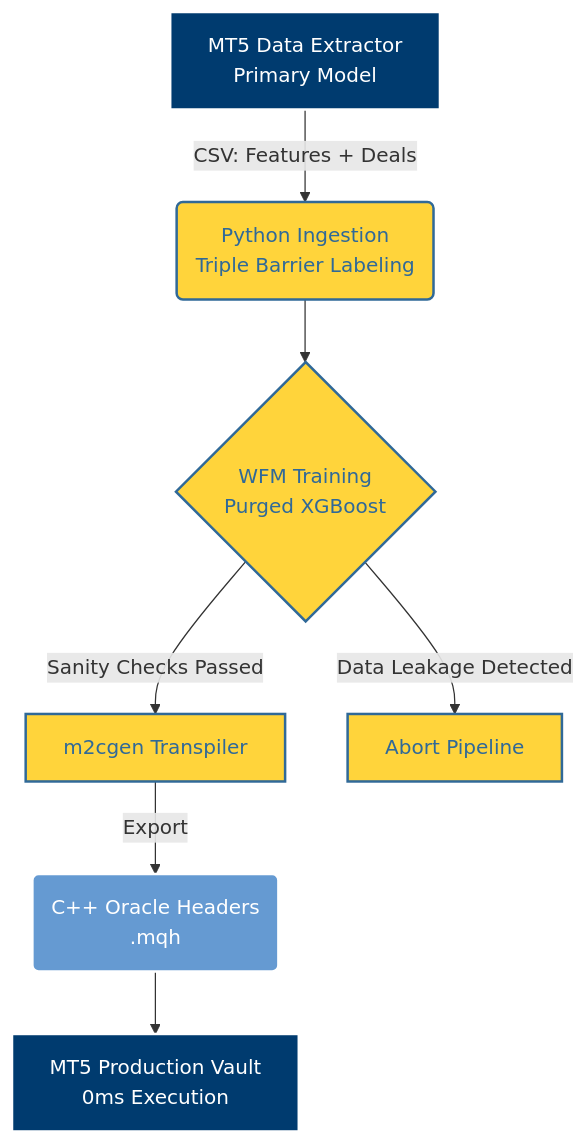
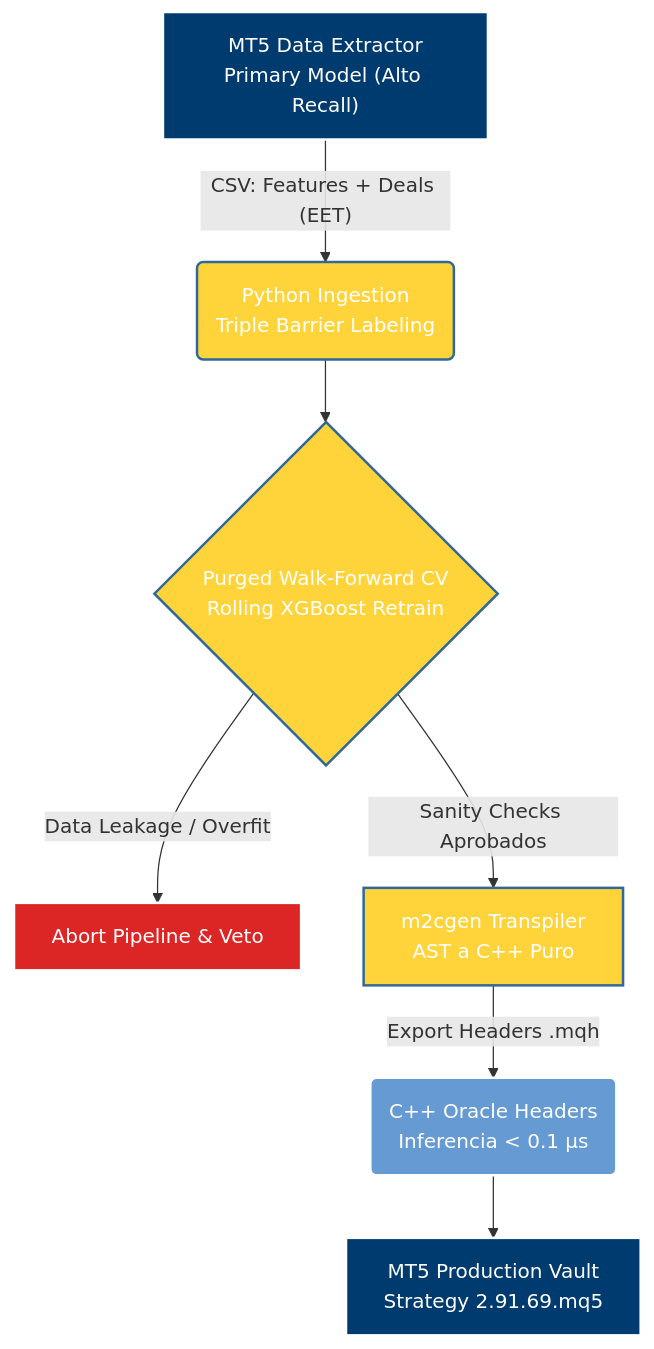
The diagram in README.md (manuel-amado/hma-metalabeling-core), drawn with Mermaid before and after one commit. The commit also changed other lines of this file and 53 other files, not shown here.

````diff
--- a/README.md
+++ b/README.md
@@ -16,14 +19,15 @@
 ```mermaid
 flowchart TD
     %% Estilos institucionales
     classDef mql5 fill:#003b6f,stroke:#fff,stroke-width:2px,color:#fff
-    classDef python fill:#ffd43b,stroke:#306998,stroke-width:2px,color:#306998
+    classDef python fill:#ffd43b,stroke:#306998,stroke-width:2px,color:#fff
     classDef cpp fill:#659ad2,stroke:#fff,stroke-width:2px,color:#fff
-    
-    A["MT5 Data Extractor<br/>Primary Model"]:::mql5 -->|"CSV: Features + Deals"| B("Python Ingestion<br/>Triple Barrier Labeling"):::python
-    B --> C{"WFM Training<br/>Purged XGBoost"}:::python
-    C -->|"Sanity Checks Passed"| D["m2cgen Transpiler"]:::python
-    C -->|"Data Leakage Detected"| E["Abort Pipeline"]:::python
-    D -->|"Export"| F("C++ Oracle Headers<br/>.mqh"):::cpp
-    F --> G["MT5 Production Vault<br/>0ms Execution"]:::mql5
+    classDef fail fill:#dc2626,stroke:#fff,stroke-width:2px,color:#fff
+
+    A["MT5 Data Extractor<br/>Primary Model (Alto Recall)"]:::mql5 -->|"CSV: Features + Deals (EET)"| B("Python Ingestion<br/>Triple Barrier Labeling"):::python
+    B --> C{"Purged Walk-Forward CV<br/>Rolling XGBoost Retrain"}:::python
+    C -->|"Data Leakage / Overfit"| E["Abort Pipeline & Veto"]:::fail
+    C -->|"Sanity Checks Aprobados"| D["m2cgen Transpiler<br/>AST a C++ Puro"]:::python
+    D -->|"Export Headers .mqh"| F("C++ Oracle Headers<br/>Inferencia < 0.1 µs"):::cpp
+    F --> G["MT5 Production Vault<br/>Strategy 2.91.69.mq5"]:::mql5
 ```
````
